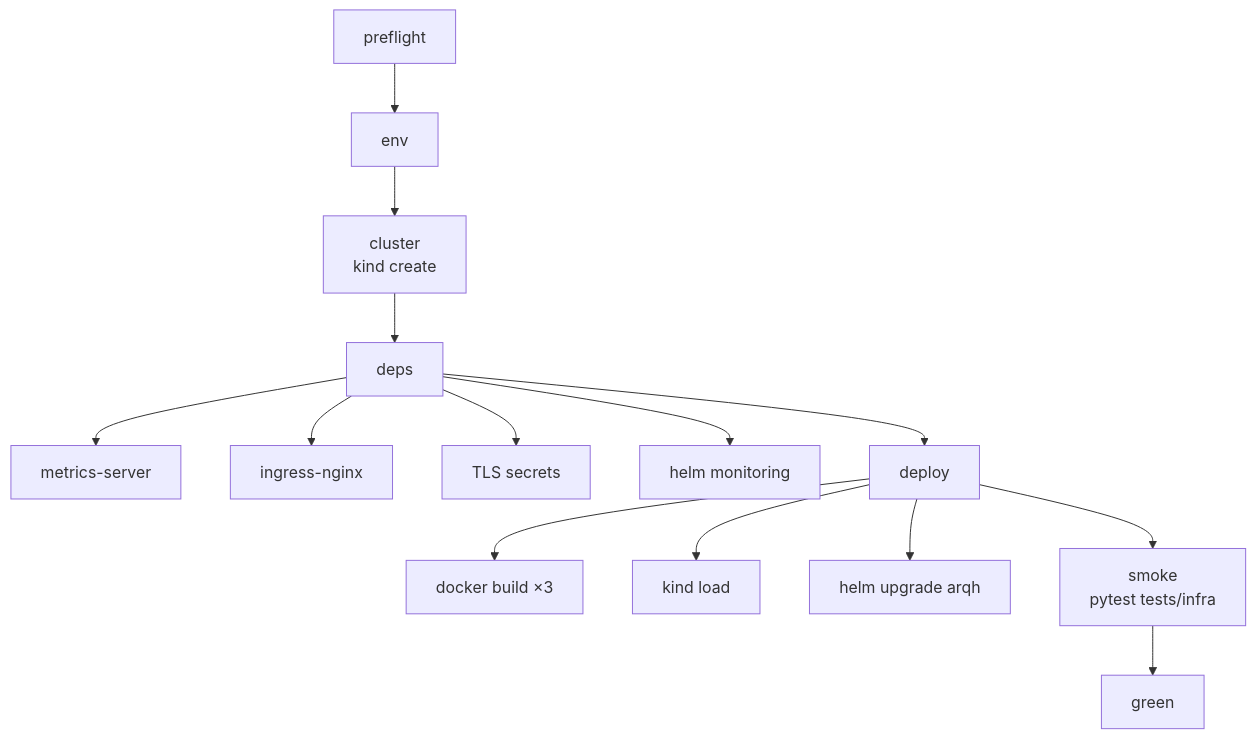
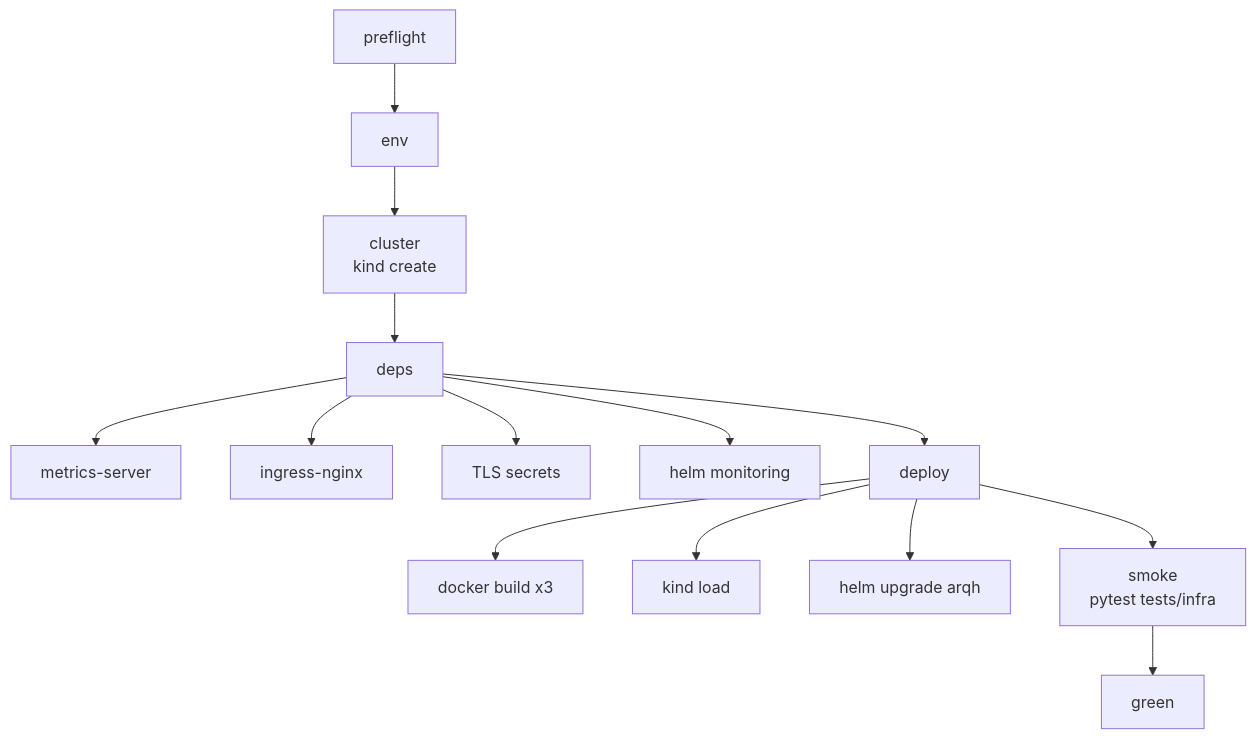
One commit to eqan/Scalable-Fleet-Dispatcher changed the seventh of 12 diagrams in README.md. Above: the diagram before and after it, drawn with Mermaid. The commit also changed other lines of this file, not shown here.

````diff
--- a/README.md
+++ b/README.md
@@ -450,16 +450,16 @@
 ```mermaid
 flowchart TD
   A["preflight"] --> B["env"]
   B --> C["cluster<br/>kind create"]
   C --> D["deps"]
   D --> D1["metrics-server"]
   D --> D2["ingress-nginx"]
   D --> D3["TLS secrets"]
   D --> D4["helm monitoring"]
   D --> E["deploy"]
-  E --> E1["docker build ×3"]
+  E --> E1["docker build x3"]
   E --> E2["kind load"]
   E --> E3["helm upgrade arqh"]
   E --> F["smoke<br/>pytest tests/infra"]
   F --> G["green"]
 ```
````
